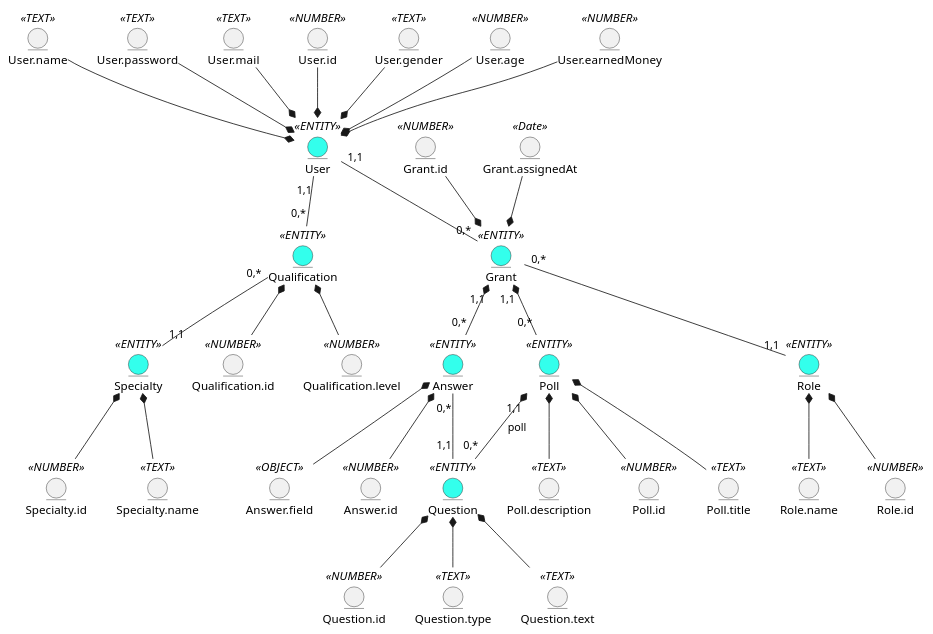
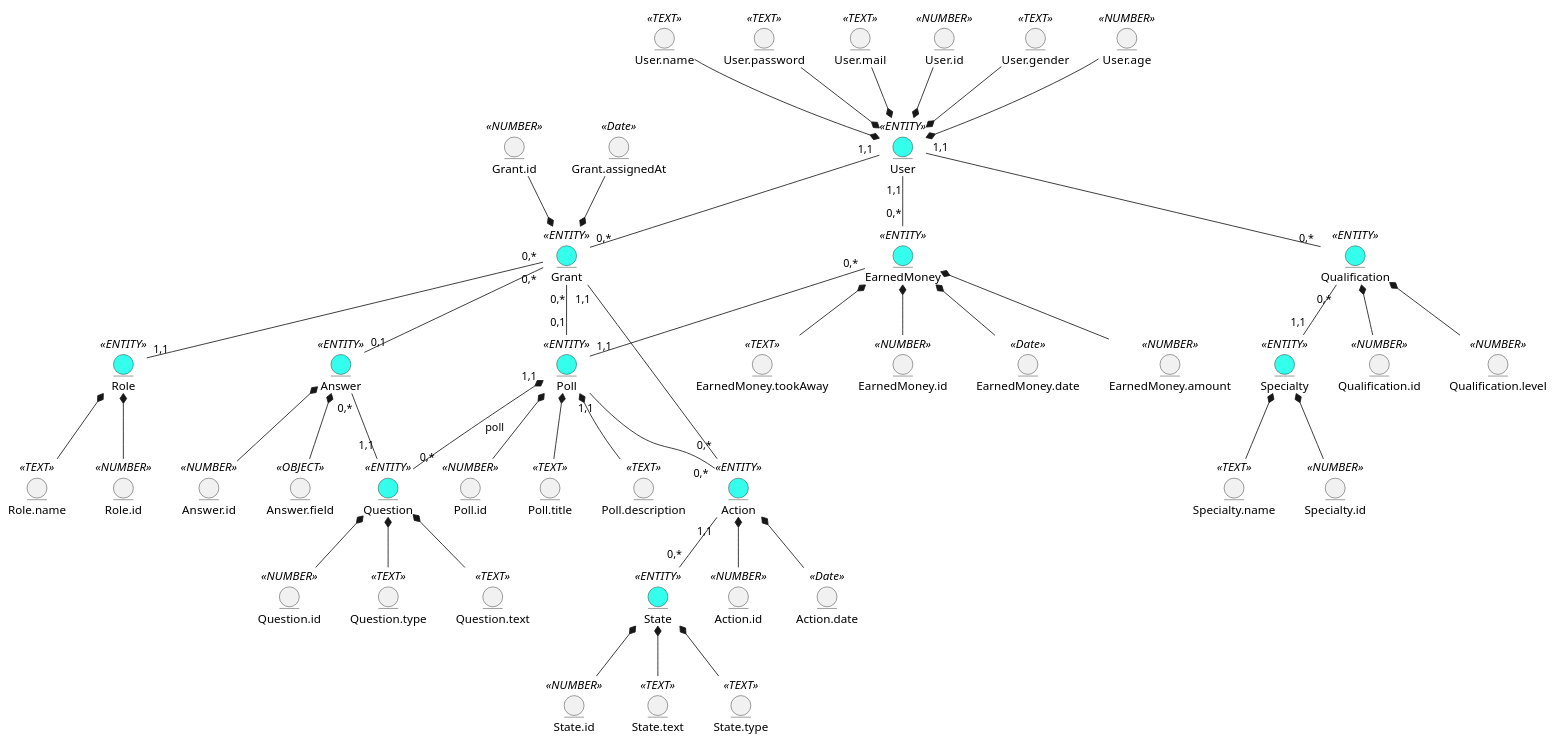
Before and after one commit to kujo205/db_labs: the first of 2 diagrams in docs/design/README.md, drawn with PlantUML. The commit also changed other lines of this file and 2 other files, not shown here.

Commit message:
A lot of changes (#50)
* made required changes(#41)

* made required changes

* made required changes

```diff
--- a/docs/design/README.md
+++ b/docs/design/README.md
@@ -13,7 +13,6 @@
   entity User.id <<NUMBER>>
   entity User.gender <<TEXT>>
   entity User.age <<NUMBER>>
-  entity User.earnedMoney <<NUMBER>>
 
   entity Qualification <<ENTITY>> #33FFEC
   entity Qualification.id <<NUMBER>>
@@ -30,6 +29,12 @@
   entity Role <<ENTITY>> #33FFEC
   entity Role.id <<NUMBER>>
   entity Role.name <<TEXT>>
+  
+  entity EarnedMoney <<ENTITY>> #33FFEC
+  entity EarnedMoney.id <<NUMBER>>
+  entity EarnedMoney.date <<Date>>
+  entity EarnedMoney.amount <<NUMBER>>
+  entity EarnedMoney.tookAway <<TEXT>>
 
   entity Poll <<ENTITY>> #33FFEC
   entity Poll.id <<NUMBER>>
@@ -44,6 +49,15 @@
   entity Answer <<ENTITY>> #33FFEC
   entity Answer.id <<NUMBER>>
   entity Answer.field <<OBJECT>>
+  
+  entity Action <<ENTITY>> #33FFEC
+  entity Action.id <<NUMBER>>
+  entity Action.date <<Date>>
+  
+  entity State <<ENTITY>> #33FFEC
+  entity State.id <<NUMBER>>
+  entity State.text <<TEXT>>
+  entity State.type <<TEXT>>
 
   User.name -d-* User 
   User.password -d-* User
@@ -51,7 +65,6 @@
   User.id -d-* User
   User.age -d-* User
   User.gender -d-* User
-  User.earnedMoney -d-* User
 
   User "1,1" -- "0,*" Grant
   User "1,1" -- "0,*" Qualification
@@ -72,12 +85,14 @@
   Role.id -u-* Role
   Role.name -u-* Role
 
-  Poll "0,*" -u-* "1,1" Grant
+  Poll "0,1" -u- "0,*" Grant
+  
   Poll.id -u-* Poll
   Poll.title -u-* Poll
   Poll.description -u-* Poll
 
   Question "0,*" -u-* "1,1" Poll:poll
+  
   Question.id -u-* Question
   Question.type -u-* Question 
   Question.text -u-* Question
@@ -86,7 +101,27 @@
 
   Answer.id -u-* Answer
   Answer.field -u-* Answer
-
-  Answer "0,*" -u-* "1,1" Grant
+  
+  Answer "0,1" -u- "0,*" Grant
+  
+  Action.id -u-* Action
+  Action.date -u-* Action
+  
+  Action "0,*" -u- "1,1" Poll
+  Action "0,*" -u- "1,1" Grant
+  
+  State.id -u-* State
+  State.text -u-* State
+  State.type -u-* State
+  
+  State "0,*" -u- "1,1" Action
+  
+  User "1,1" -- "0,*" EarnedMoney
+  EarnedMoney "0,*" -- "1,1" Poll
+  
+  EarnedMoney.id -u-* EarnedMoney
+  EarnedMoney.date -u-* EarnedMoney
+  EarnedMoney.amount -u-* EarnedMoney
+  EarnedMoney.tookAway -u-* EarnedMoney
 
 @enduml
```
